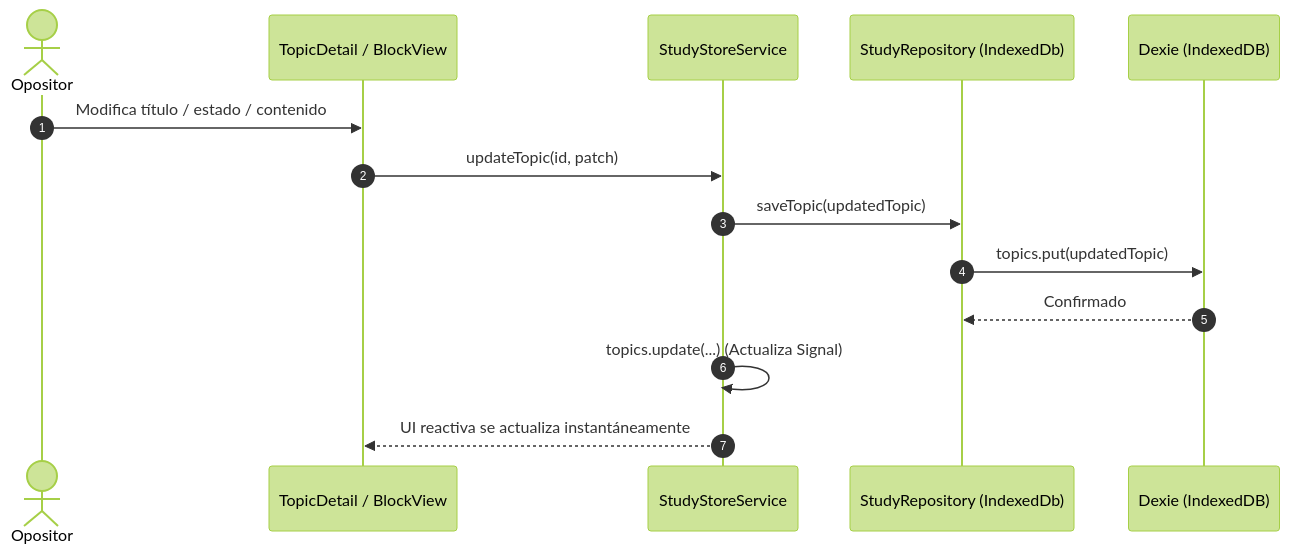
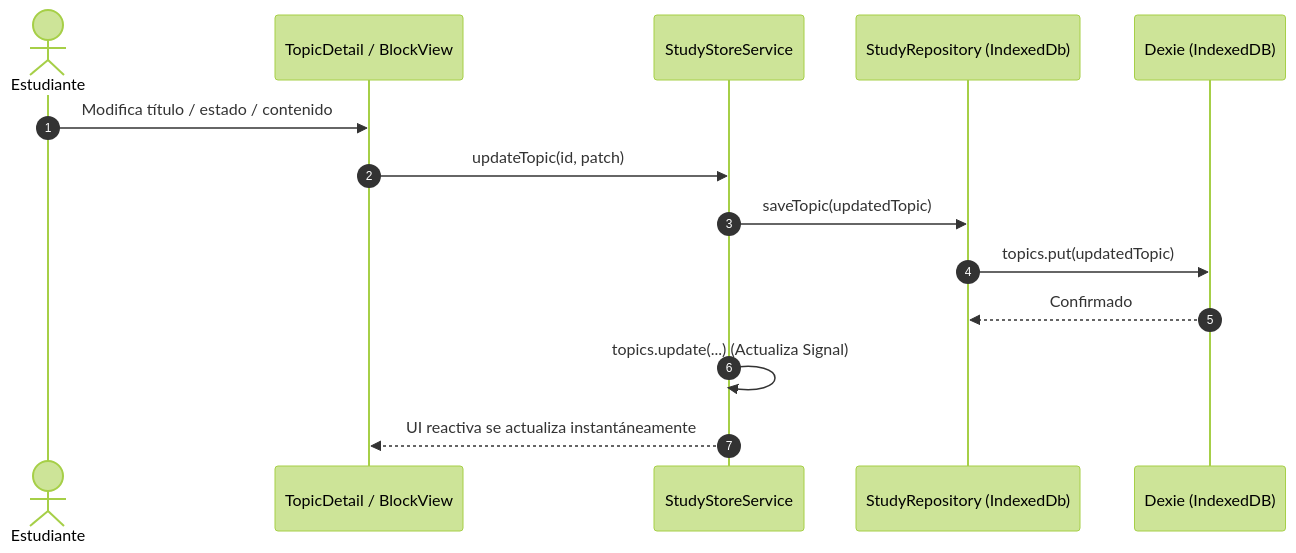
One commit to csanzfer/study changed the second of 2 diagrams in docs/ARCHITECTURE.md. Above: the diagram before and after it, drawn with Mermaid (forest theme). The commit also changed other lines of this file and 10 other files, not shown here.

````diff
--- a/docs/ARCHITECTURE.md
+++ b/docs/ARCHITECTURE.md
@@ -139,17 +139,17 @@
 ```mermaid
 sequenceDiagram
     autonumber
-    actor User as Opositor
+    actor User as Estudiante
     participant View as TopicDetail / BlockView
     participant Store as StudyStoreService
     participant Repo as StudyRepository (IndexedDb)
     participant DB as Dexie (IndexedDB)
 
     User->>View: Modifica título / estado / contenido
     View->>Store: updateTopic(id, patch)
     Store->>Repo: saveTopic(updatedTopic)
     Repo->>DB: topics.put(updatedTopic)
     DB-->>Repo: Confirmado
     Store->>Store: topics.update(...) (Actualiza Signal)
     Store-->>View: UI reactiva se actualiza instantáneamente
 ```
````
